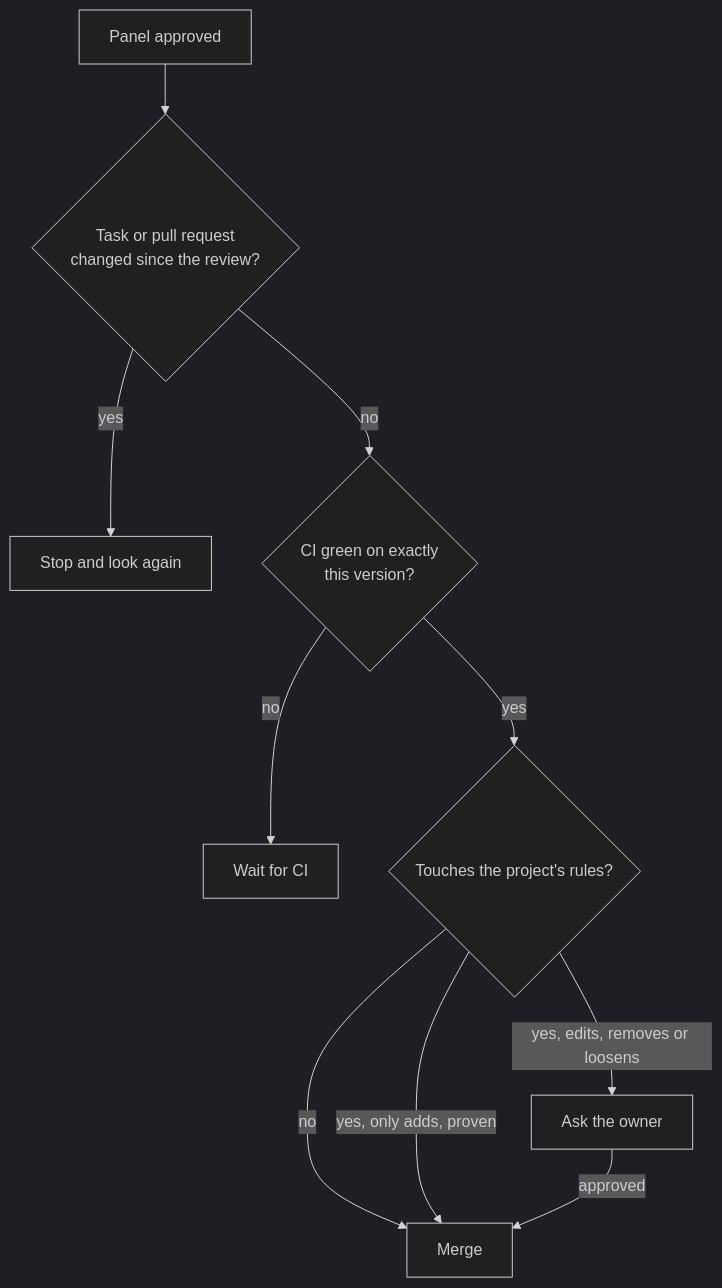
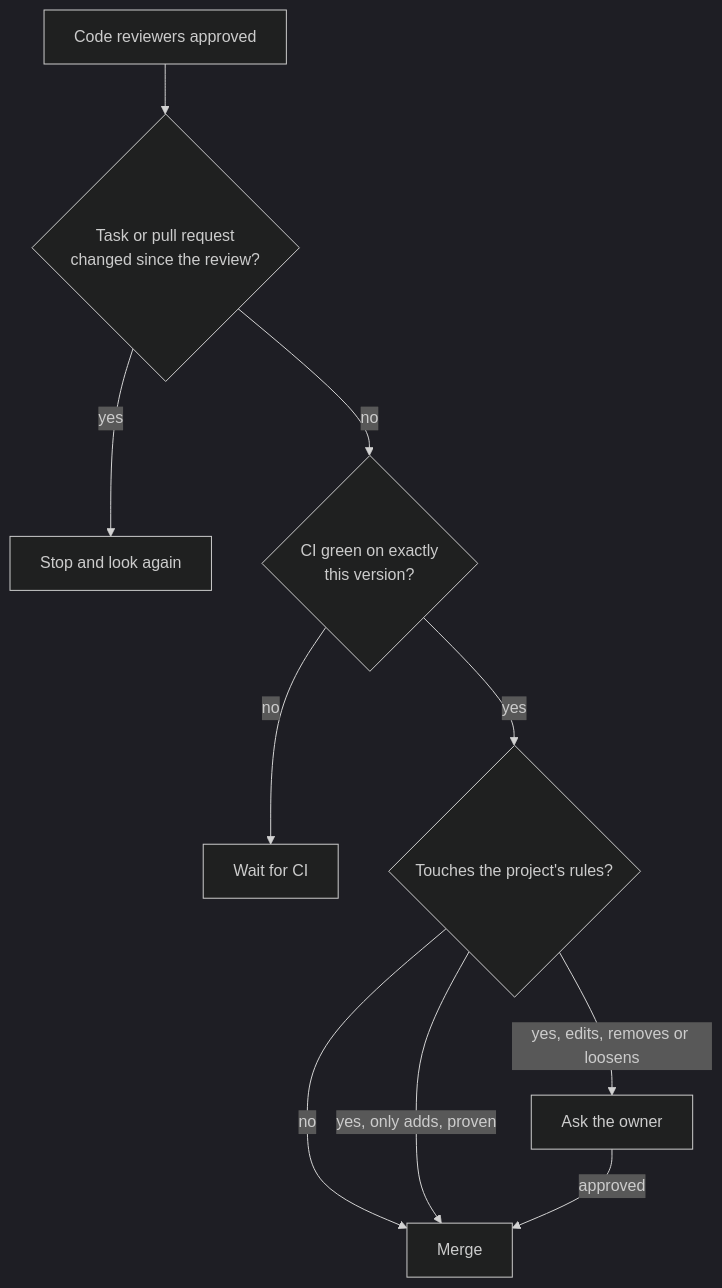
Before and after one commit to shinyredapples/intakt: the fifth of 5 diagrams in docs/guide/the-journey-of-a-task.md, drawn with Mermaid (dark theme). The commit also changed other lines of this file and 5 other files, not shown here.

````diff
--- a/docs/guide/the-journey-of-a-task.md
+++ b/docs/guide/the-journey-of-a-task.md
@@ -122,12 +122,12 @@
 ```mermaid
 flowchart TD
-  ready[Panel approved] --> a{Task or pull request<br/>changed since the review?}
+  ready[Code reviewers approved] --> a{Task or pull request<br/>changed since the review?}
   a -- yes --> stop[Stop and look again]
   a -- no --> b{CI green on exactly<br/>this version?}
   b -- no --> wait[Wait for CI]
   b -- yes --> c{Touches the project's rules?}
   c -- no --> m[Merge]
   c -- "yes, only adds, proven" --> m
   c -- "yes, edits, removes or loosens" --> you[Ask the owner]
   you -- approved --> m
 ```
````
